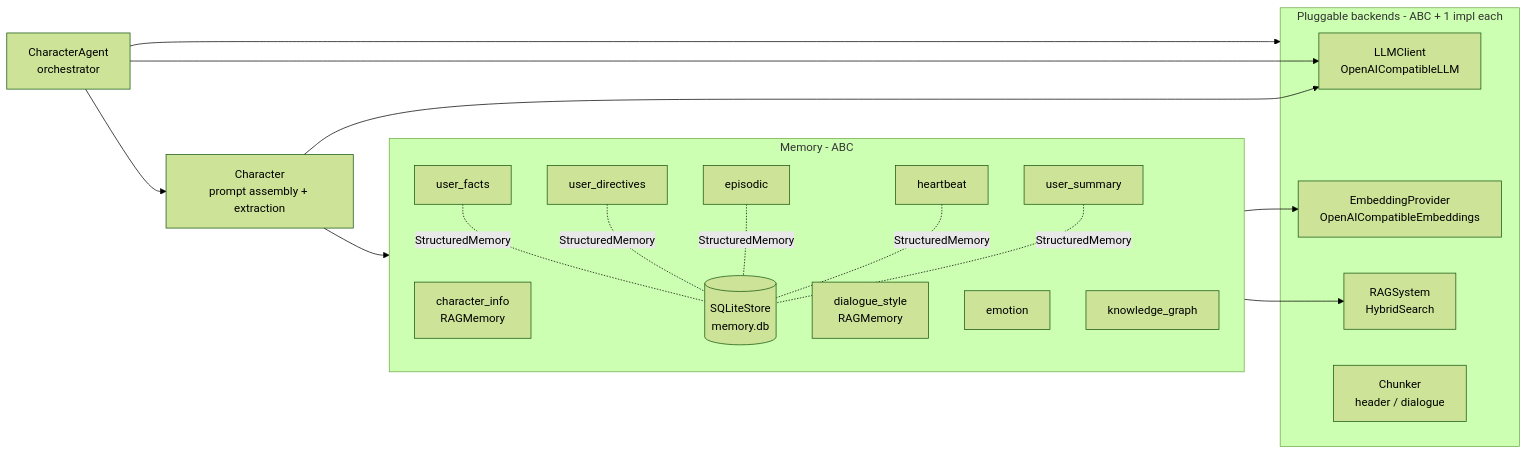
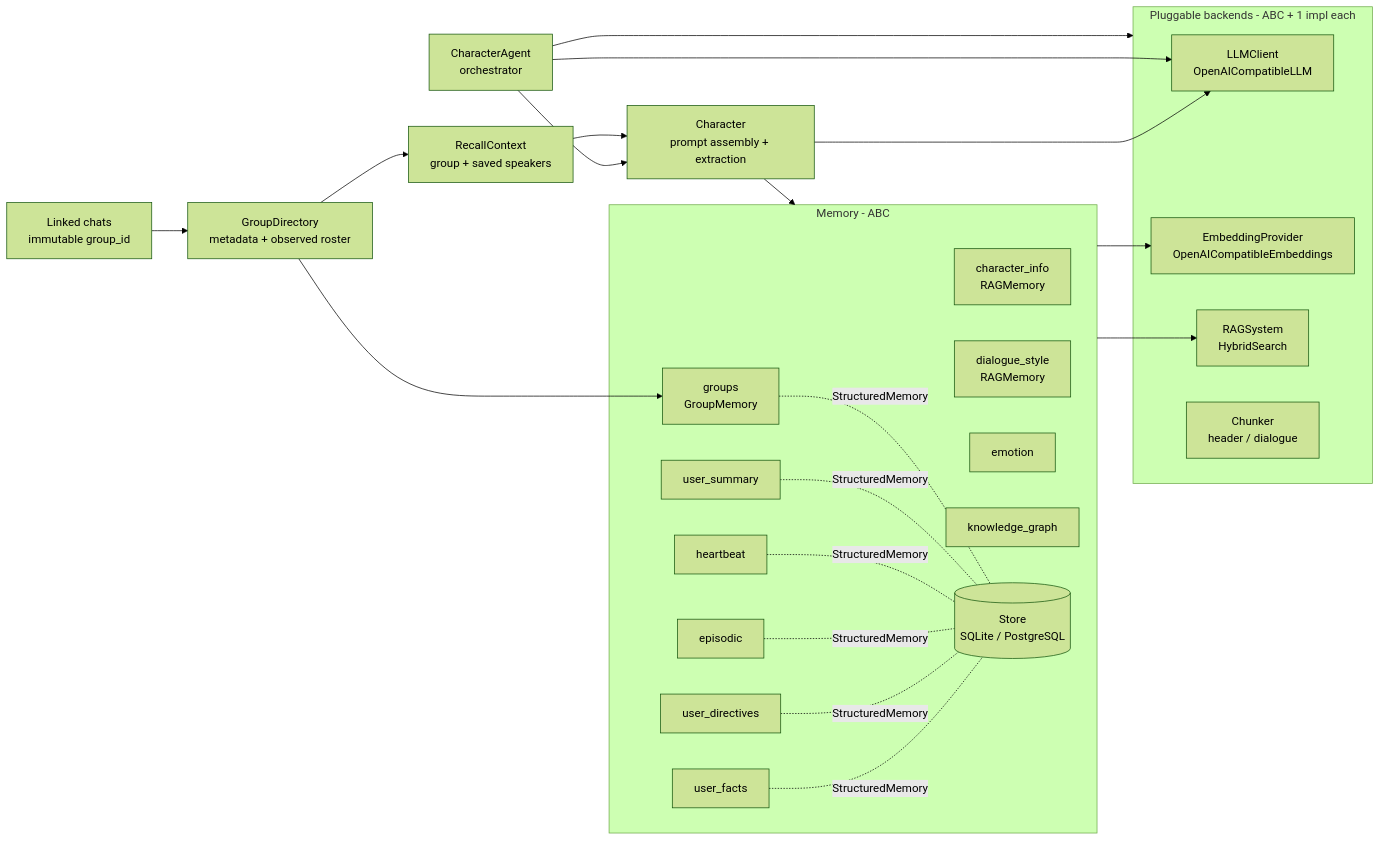
One commit to FrancescoCaracciolo/CharacterMemory changed the diagram in docs/architecture.md. Above: the diagram before and after it, drawn with Mermaid (forest theme). The commit also changed other lines of this file and 28 other files, not shown here.

Commit message:
Add group memory

````diff
--- a/docs/architecture.md
+++ b/docs/architecture.md
@@ -8,33 +8,41 @@
 ```mermaid
 flowchart LR
     subgraph Backends [Pluggable backends - ABC + 1 impl each]
         LLM[LLMClient<br/>OpenAICompatibleLLM]
         EMB[EmbeddingProvider<br/>OpenAICompatibleEmbeddings]
         RAG[RAGSystem<br/>HybridSearch]
         CHK[Chunker<br/>header / dialogue]
     end
 
     subgraph Memories [Memory - ABC]
         CI[character_info<br/>RAGMemory]
         DS[dialogue_style<br/>RAGMemory]
         UF[user_facts]
         UD[user_directives]
         EP[episodic]
         HB[heartbeat]
         US[user_summary]
+        GR[groups<br/>GroupMemory]
         EM[emotion]
         KG[knowledge_graph]
-        UF & UD & EP & HB & US -. StructuredMemory .- SQLite[(SQLiteStore<br/>memory.db)]
+        UF & UD & EP & HB & US & GR -. StructuredMemory .- SQLite[(Store<br/>SQLite / PostgreSQL)]
     end
 
     Character[Character<br/>prompt assembly + extraction]
     Agent[CharacterAgent<br/>orchestrator]
+    Chats[Linked chats<br/>immutable group_id]
+    Audience[RecallContext<br/>group + saved speakers]
+    Directory[GroupDirectory<br/>metadata + observed roster]
 
     Agent --> Character
+    Chats --> Directory
+    Directory --> Audience
+    Audience --> Character
+    Directory --> GR
     Character --> Memories
     Memories --> RAG
     Memories --> EMB
     Character --> LLM
     Agent --> LLM
     Agent --> Backends
 ```
````
